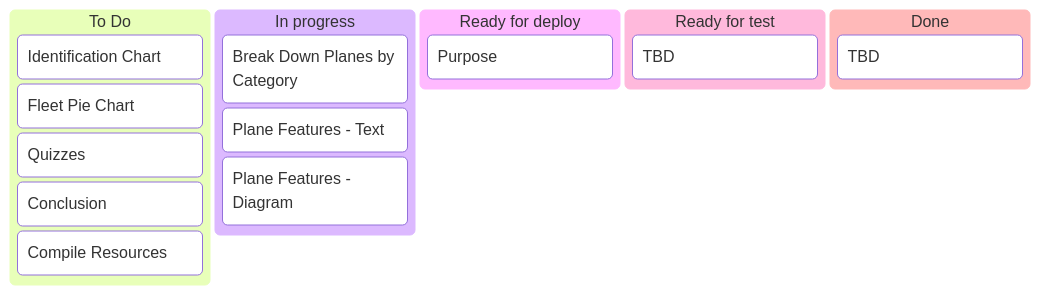
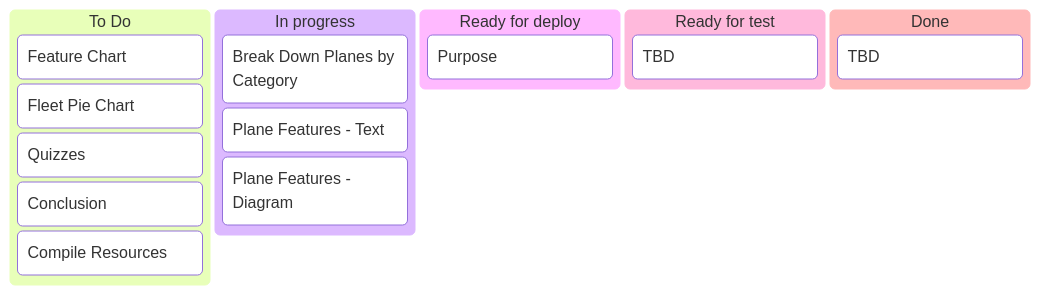
One commit to Bailey-Wu/Bailey-Wu changed the first of 3 diagrams in Dashboard.md. Above: the diagram before and after it, drawn with Mermaid.

````diff
--- a/Dashboard.md
+++ b/Dashboard.md
@@ -8,19 +8,19 @@
 ```mermaid
 kanban
   [To Do]
-    [Identification Chart]
+    [Feature Chart]
     [Fleet Pie Chart]
     [Quizzes]
     [Conclusion]
     [Compile Resources]
   [In progress]
     [Break Down Planes by Category]
     [Plane Features - Text]
     [Plane Features - Diagram]
   [Ready for deploy]
     [Purpose]
   [Ready for test]
     [TBD]
   [Done]
     [TBD]
 ```
````
